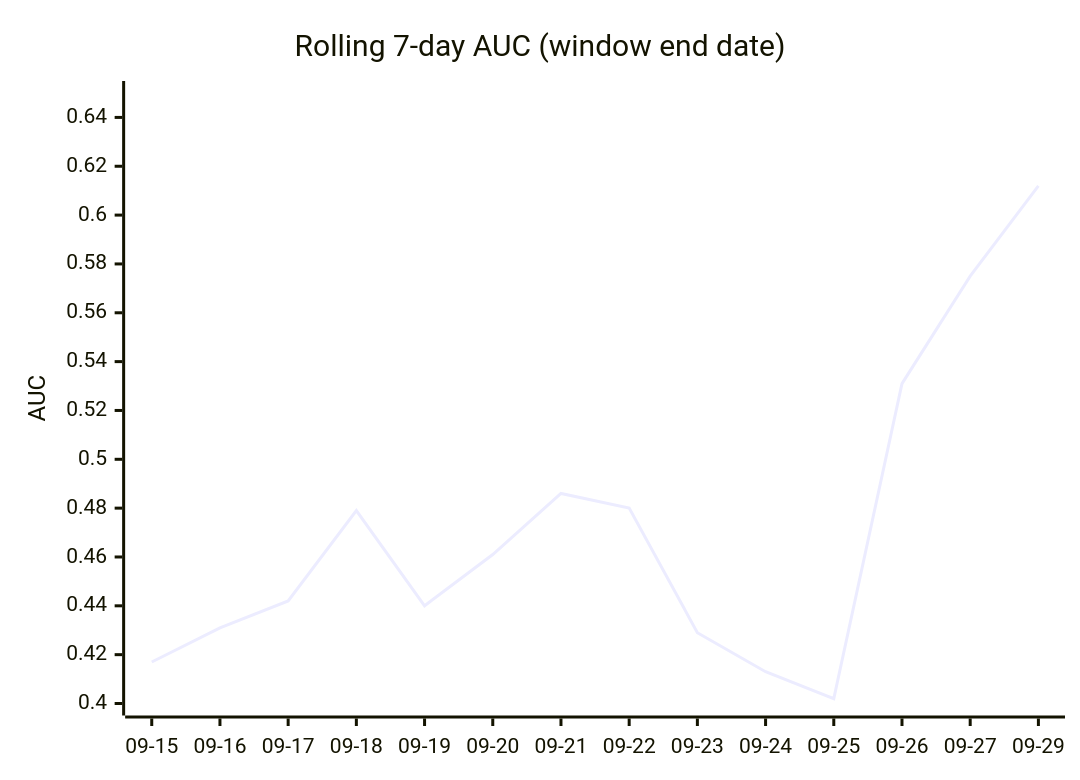
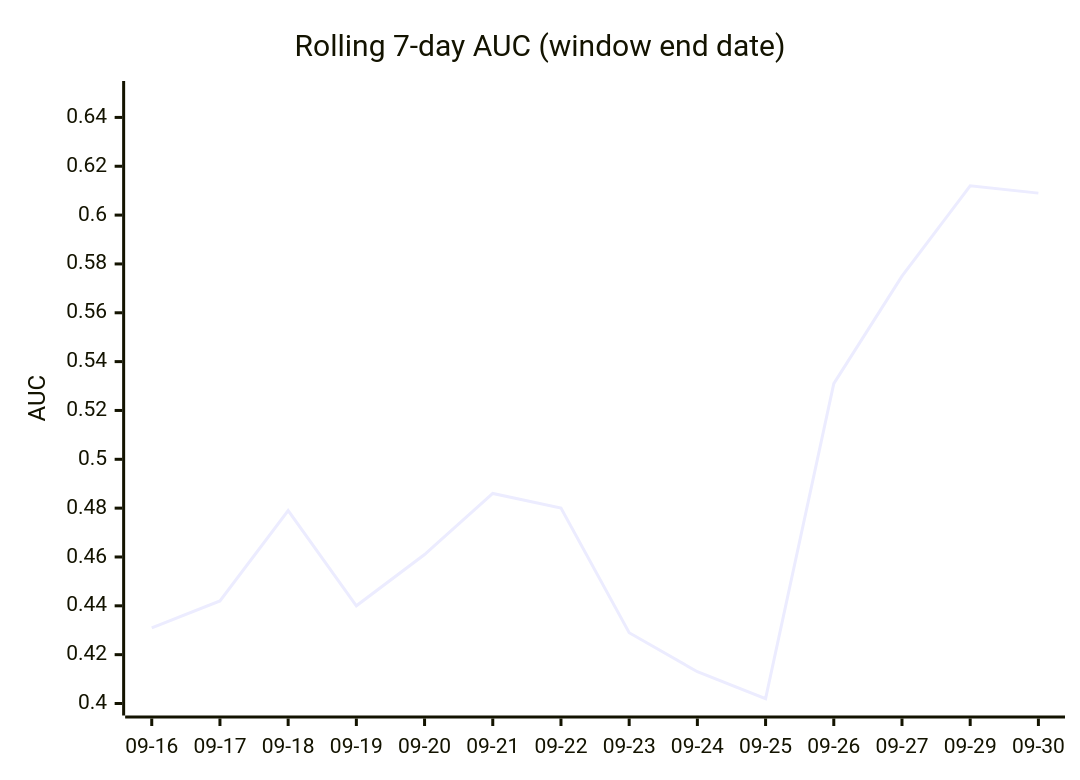
Before and after one commit to dpk1212/nhl-savant: the third of 4 diagrams in DAILY_AGSU_REPORT.md, drawn with Mermaid. The commit also changed other lines of this file, not shown here.

````diff
--- a/DAILY_AGSU_REPORT.md
+++ b/DAILY_AGSU_REPORT.md
@@ -837,7 +838,7 @@
 ```mermaid
 xychart-beta
     title "Rolling 7-day AUC (window end date)"
-    x-axis ["09-15", "09-16", "09-17", "09-18", "09-19", "09-20", "09-21", "09-22", "09-23", "09-24", "09-25", "09-26", "09-27", "09-29"]
+    x-axis ["09-16", "09-17", "09-18", "09-19", "09-20", "09-21", "09-22", "09-23", "09-24", "09-25", "09-26", "09-27", "09-29", "09-30"]
     y-axis "AUC" 0.4 --> 0.65
-    line [0.417, 0.431, 0.442, 0.479, 0.44, 0.461, 0.486, 0.48, 0.429, 0.413, 0.402, 0.531, 0.575, 0.612]
+    line [0.431, 0.442, 0.479, 0.44, 0.461, 0.486, 0.48, 0.429, 0.413, 0.402, 0.531, 0.575, 0.612, 0.609]
 ```
````
